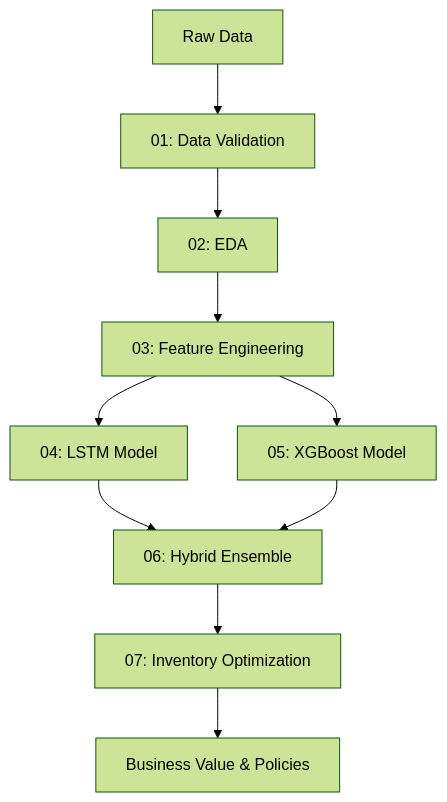
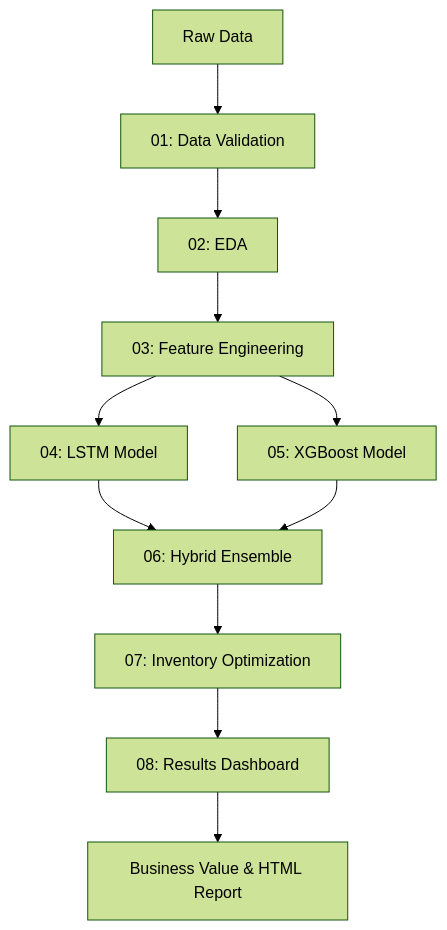
The diagram in README.md (Krish-kunjadiya/Supplychain_Forecasting_and_Optimization), drawn with Mermaid (forest theme) before and after one commit. The commit also changed other lines of this file, not shown here.

First line of the commit message:
update(Readme): Add results dashboard

````diff
--- a/README.md
+++ b/README.md
@@ -243,12 +291,13 @@
 ```mermaid
 graph TD
     A[Raw Data] --> B[01: Data Validation]
     B --> C[02: EDA]
     C --> D[03: Feature Engineering]
     D --> E[04: LSTM Model]
     D --> F[05: XGBoost Model]
     E --> G[06: Hybrid Ensemble]
     F --> G
     G --> H[07: Inventory Optimization]
-    H --> I[Business Value & Policies]
+    H --> I[08: Results Dashboard]
+    I --> J[Business Value & HTML Report]
 ```
````
